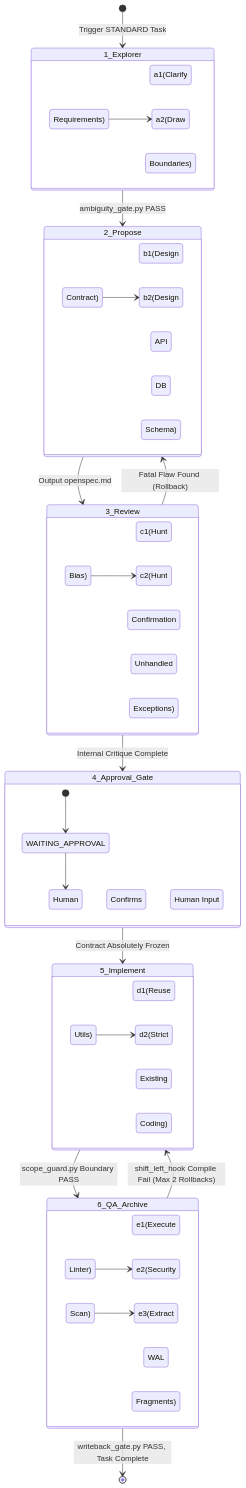
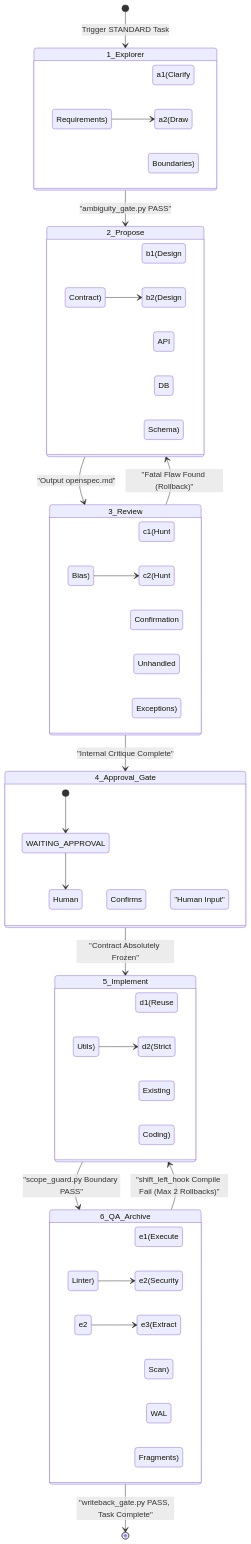
One commit to listener-He/java-harness-agent changed the third of 5 diagrams in ENGINEERING_MANUAL.md. Above: the diagram before and after it, drawn with Mermaid. The commit also changed other lines of this file and 1 other file, not shown here.

Commit message:
style(document): 统一工程手册中的 mermaid 图表文本格式
- 将 mermaid 流程图中的边标签统一使用双引号包围
- 修复英文版 ENGINEERING_MANUAL.md 中流程图的标签格式
- 修复中文版 ENGINEERING_MANUAL_zh.md 中流程图的标签格式
- 调整部分图表连接关系的表示方式
- 保持图表逻辑结构不变，仅优化显示格式

````diff
--- a/ENGINEERING_MANUAL.md
+++ b/ENGINEERING_MANUAL.md
@@ -150,49 +150,50 @@
 ```mermaid
 stateDiagram-v2
     [*] --> 1_Explorer: Trigger STANDARD Task
     
     state 1_Explorer {
         direction LR
         a1(Clarify Requirements) --> a2(Draw Boundaries)
     }
     
-    1_Explorer --> 2_Propose: ambiguity_gate.py PASS
+    1_Explorer --> 2_Propose: "ambiguity_gate.py PASS"
     
     state 2_Propose {
         direction LR
         b1(Design API Contract) --> b2(Design DB Schema)
     }
     
-    2_Propose --> 3_Review: Output openspec.md
+    2_Propose --> 3_Review: "Output openspec.md"
     
     state 3_Review {
         direction LR
         c1(Hunt Confirmation Bias) --> c2(Hunt Unhandled Exceptions)
     }
     
-    3_Review --> 4_Approval_Gate: Internal Critique Complete
-    3_Review --> 2_Propose: Fatal Flaw Found (Rollback)
+    3_Review --> 4_Approval_Gate: "Internal Critique Complete"
+    3_Review --> 2_Propose: "Fatal Flaw Found (Rollback)"
     
     state 4_Approval_Gate {
         [*] --> WAITING_APPROVAL
-        WAITING_APPROVAL --> Human Confirms Continue: Human Input
+        WAITING_APPROVAL --> Human Confirms Continue: "Human Input"
     }
     
-    4_Approval_Gate --> 5_Implement: Contract Absolutely Frozen
+    4_Approval_Gate --> 5_Implement: "Contract Absolutely Frozen"
     
     state 5_Implement {
         direction LR
         d1(Reuse Existing Utils) --> d2(Strict Coding)
     }
     
-    5_Implement --> 6_QA_Archive: scope_guard.py Boundary PASS
+    5_Implement --> 6_QA_Archive: "scope_guard.py Boundary PASS"
     
-    6_QA_Archive --> 5_Implement: shift_left_hook Compile Fail (Max 2 Rollbacks)
+    6_QA_Archive --> 5_Implement: "shift_left_hook Compile Fail (Max 2 Rollbacks)"
     
     state 6_QA_Archive {
         direction LR
-        e1(Execute Linter) --> e2(Security Scan) --> e3(Extract WAL Fragments)
+        e1(Execute Linter) --> e2(Security Scan)
+        e2 --> e3(Extract WAL Fragments)
     }
     
-    6_QA_Archive --> [*]: writeback_gate.py PASS, Task Complete
+    6_QA_Archive --> [*]: "writeback_gate.py PASS, Task Complete"
 ```
````
